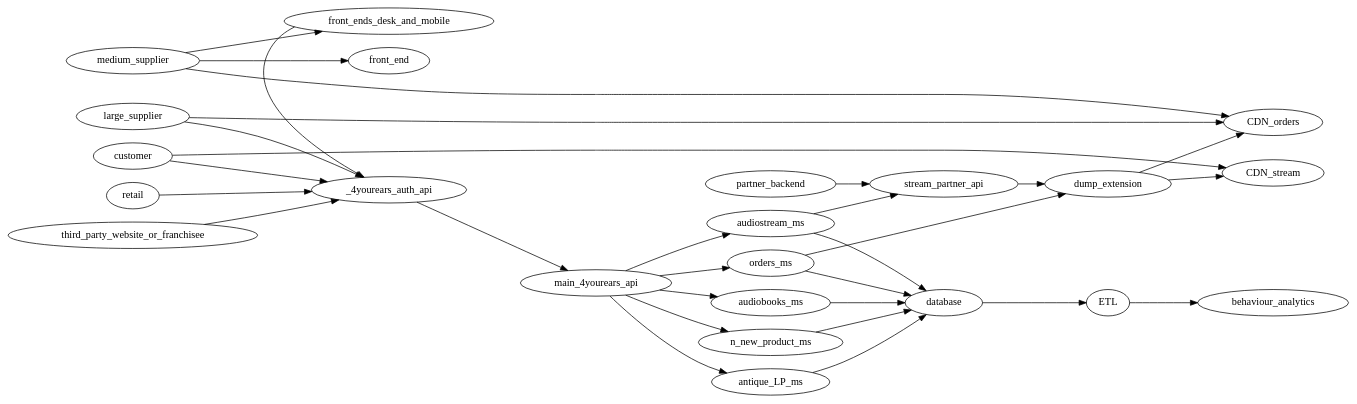
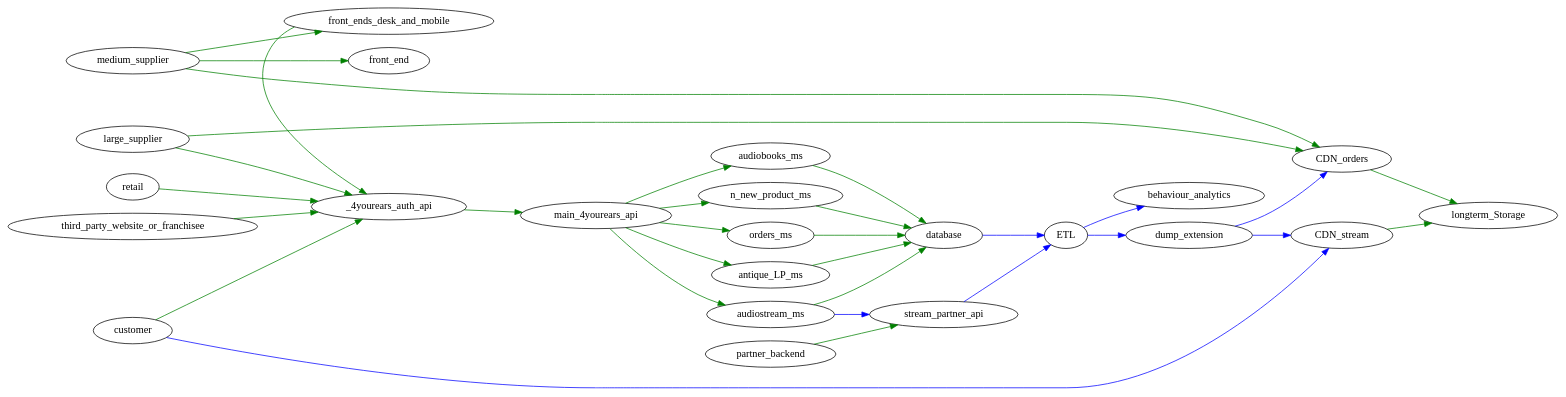
One commit to manilabay/dot-graphviz changed the diagram in diagrams/mt-challenge-solution/mt-logical-architecture.dot. Above: the diagram before and after it, drawn with Graphviz. The commit also changed 2 other files, not shown here.

```diff
--- a/diagrams/mt-challenge-solution/mt-logical-architecture.dot
+++ b/diagrams/mt-challenge-solution/mt-logical-architecture.dot
@@ -1,41 +1,46 @@
 
 digraph architecture {
   rankdir=LR;
 
   subgraph client_side_apps {
-      front_ends_desk_and_mobile -> {_4yourears_auth_api};
-      customer -> {_4yourears_auth_api};
-      retail -> {_4yourears_auth_api};
-      _4yourears_auth_api -> {main_4yourears_api};
-      medium_supplier -> {front_end, front_ends_desk_and_mobile};
-      large_supplier -> {_4yourears_auth_api};
-      partner_backend -> {stream_partner_api};
-      third_party_website_or_franchisee -> {_4yourears_auth_api};
+      front_ends_desk_and_mobile -> {_4yourears_auth_api} [color="green"];
+      customer -> {_4yourears_auth_api} [color="green"];
+      retail -> {_4yourears_auth_api} [color="green"];
+      _4yourears_auth_api -> {main_4yourears_api} [color="green"];
+      medium_supplier -> {front_end, front_ends_desk_and_mobile} [color="green"];
+      large_supplier -> {_4yourears_auth_api} [color="green"];
+      partner_backend -> {stream_partner_api} [color="green"];
+      third_party_website_or_franchisee -> {_4yourears_auth_api} [color="green"];
 
-      {rank=same; front_end, front_ends_desk_and_mobile, _4yourears_auth_api};
+      {rank=same; front_end, front_ends_desk_and_mobile, _4yourears_auth_api} [color="green"];
   }
-  
+
   subgraph api_gateways {
-      main_4yourears_api -> {antique_LP_ms, audiobooks_ms, audiostream_ms, n_new_product_ms, orders_ms};
+      main_4yourears_api -> {antique_LP_ms, audiobooks_ms, audiostream_ms, n_new_product_ms, orders_ms} [color="green"];
   }
 
   subgraph microservices {
-      orders_ms -> {database};
-      antique_LP_ms -> {database};
-      audiobooks_ms -> {database};
-      n_new_product_ms -> {database};
-      audiostream_ms -> {database};
-      audiostream_ms -> {stream_partner_api};
-      orders_ms -> {dump_extension};
-      dump_extension -> {CDN_orders};
-      dump_extension -> {CDN_stream};
-      stream_partner_api -> {dump_extension};
-      database -> {ETL};
-      ETL -> behaviour_analytics;
+      orders_ms -> {database} [color="green"];
+      antique_LP_ms -> {database} [color="green"];
+      audiobooks_ms -> {database} [color="green"];
+      n_new_product_ms -> {database} [color="green"];
+      audiostream_ms -> {database} [color="green"];
+      audiostream_ms -> {stream_partner_api} [color="blue"];
 
-      customer -> {CDN_stream};
-      medium_supplier -> {CDN_orders};
-      large_supplier -> {CDN_orders};
+      dump_extension -> {CDN_orders} [color="blue"];
+      dump_extension -> {CDN_stream} [color="blue"];
+
+      database -> {ETL} [color="blue"];
+      ETL -> behaviour_analytics [color="blue"];
+      stream_partner_api -> {ETL} [color="blue"];
+      ETL -> dump_extension [color="blue"];
+
+      customer -> {CDN_stream} [color="blue"];
+      medium_supplier -> {CDN_orders} [color="green"];
+      large_supplier -> {CDN_orders} [color="green"];
+
+      CDN_orders -> {longterm_Storage} [color="green"];
+      CDN_stream -> {longterm_Storage} [color="green"];
 
   }
 }
```
